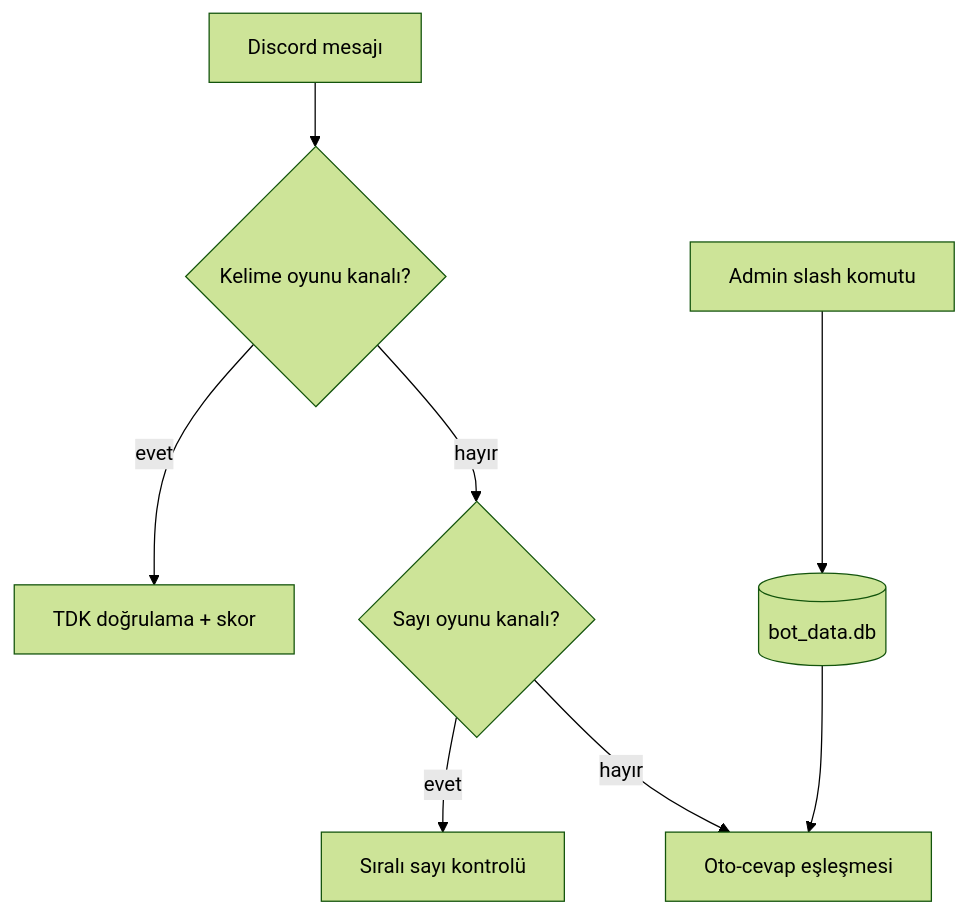
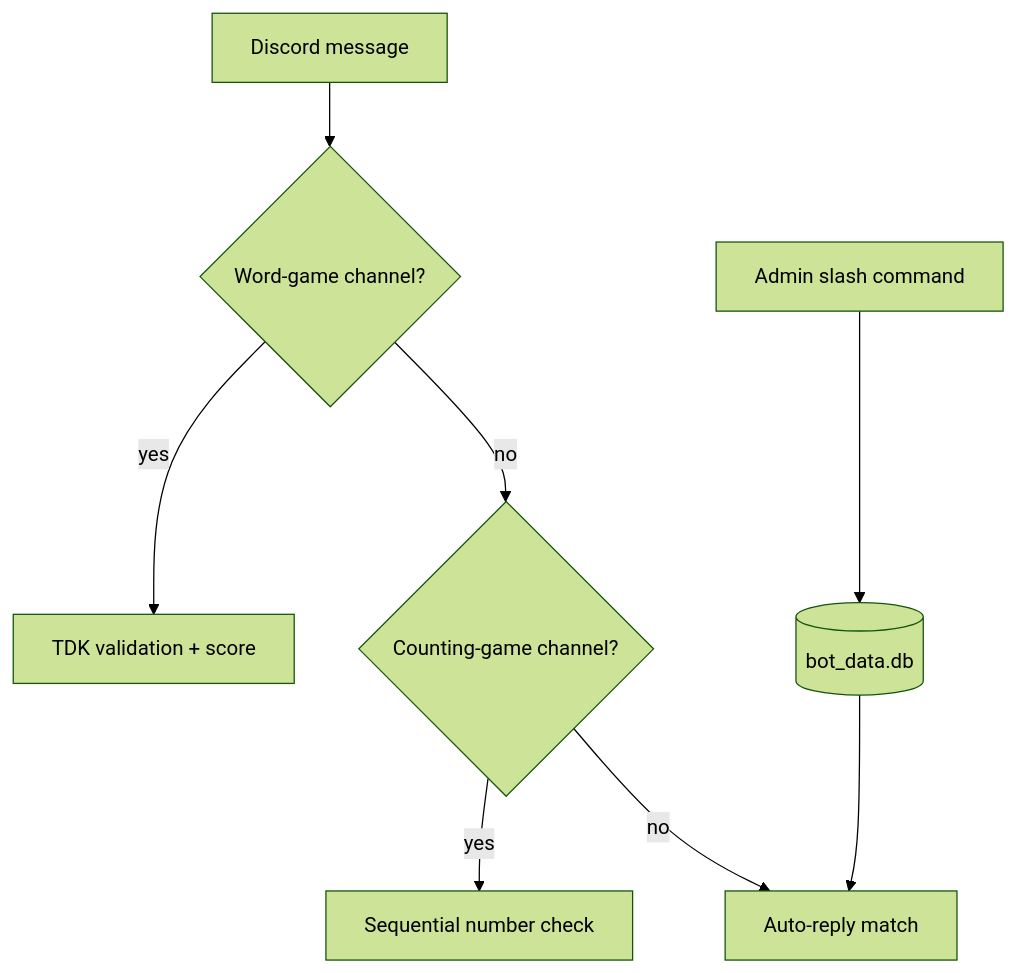
Before and after one commit to GulogluHaktan/VassalOfTiamat: the diagram in README.md, drawn with Mermaid (forest theme). The commit also changed other lines of this file and 1 other file, not shown here.

````diff
--- a/README.md
+++ b/README.md
@@ -25,10 +27,10 @@
 ```mermaid
 flowchart TD
-  MSG["Discord mesajı"] --> G1{"Kelime oyunu kanalı?"}
-  G1 -- evet --> W["TDK doğrulama + skor"]
-  G1 -- hayır --> G2{"Sayı oyunu kanalı?"}
-  G2 -- evet --> N["Sıralı sayı kontrolü"]
-  G2 -- hayır --> R["Oto-cevap eşleşmesi"]
-  CMD["Admin slash komutu"] --> DB[("bot_data.db")]
+  MSG["Discord message"] --> G1{"Word-game channel?"}
+  G1 -- yes --> W["TDK validation + score"]
+  G1 -- no --> G2{"Counting-game channel?"}
+  G2 -- yes --> N["Sequential number check"]
+  G2 -- no --> R["Auto-reply match"]
+  CMD["Admin slash command"] --> DB[("bot_data.db")]
   DB --> R
 ```
````
